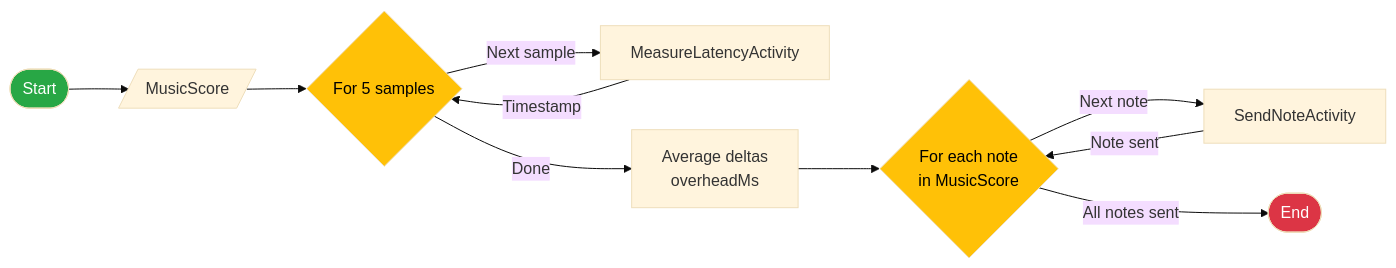
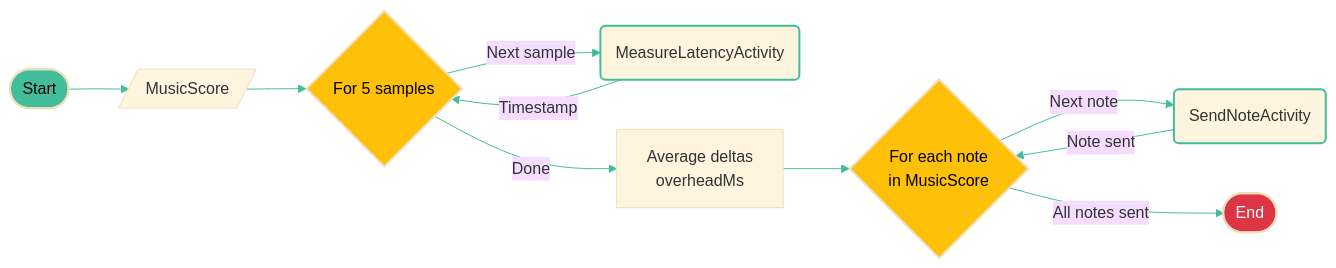
One commit to diagrid-labs/dapr-workflow-concerto changed the diagram in .demo/slides/03-tech-setup/04-music-workflow-with-overhead-diagram.md. Above: the diagram before and after it, drawn with Mermaid (base theme). The commit also changed 8 other files, not shown here.

Commit message:
Update mermaid styles

````diff
--- a/.demo/slides/03-tech-setup/04-music-workflow-with-overhead-diagram.md
+++ b/.demo/slides/03-tech-setup/04-music-workflow-with-overhead-diagram.md
@@ -7,19 +7,22 @@
 ```mermaid
 flowchart LR
     Start([Start]) --> Input[/MusicScore/]
     Input --> CalcLoop{For 5 samples}
-    CalcLoop -->|Next sample| Measure[MeasureLatencyActivity]
+    CalcLoop -->|Next sample| Measure(MeasureLatencyActivity)
     Measure -->|Timestamp| CalcLoop
     CalcLoop -->|Done| Avg[Average deltas
     overheadMs]
     Avg --> NoteLoop{For each note
     in MusicScore}
-    NoteLoop -->|Next note| Send[SendNoteActivity]
+    NoteLoop -->|Next note| Send(SendNoteActivity)
     Send -->|Note sent| NoteLoop
     NoteLoop -->|All notes sent| Complete([End])
 
-    style Start fill:#28a745,color:#ffffff
-    style Complete fill:#dc3545,color:#ffffff
-    style CalcLoop fill:#ffc107,color:#000000
-    style NoteLoop fill:#ffc107,color:#000000
+    style Start fill:#41bd9b,color:#000000,stroke-width:2px
+    style Complete fill:#dc3545,color:#ffffff,stroke-width:2px
+    style CalcLoop fill:#ffc107,color:#000000,stroke-width:2px
+    style NoteLoop fill:#ffc107,color:#000000,stroke-width:2px
+    style Measure stroke:#41bd9b,stroke-width:2px
+    style Send stroke:#41bd9b,stroke-width:2px
+    linkStyle default stroke:#41bd9b,stroke-width:1px
 ```
````
